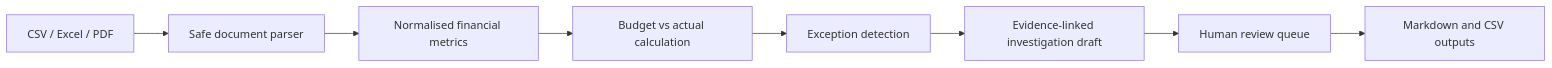
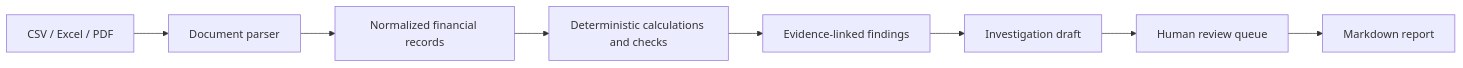
The diagram in docs/PROJECT_VALIDATION.md (animeshpthk07/Finance-Workbench), drawn with Mermaid before and after one commit. The commit also changed other lines of this file, not shown here.

Commit message:
Document verified release results and current limitations

````diff
--- a/docs/PROJECT_VALIDATION.md
+++ b/docs/PROJECT_VALIDATION.md
@@ -5,10 +18,10 @@
 ```mermaid
 flowchart LR
-    A[CSV / Excel / PDF] --> B[Safe document parser]
-    B --> C[Normalised financial metrics]
-    C --> D[Budget vs actual calculation]
-    D --> E[Exception detection]
-    E --> F[Evidence-linked investigation draft]
+    A[CSV / Excel / PDF] --> B[Document parser]
+    B --> C[Normalized financial records]
+    C --> D[Deterministic calculations and checks]
+    D --> E[Evidence-linked findings]
+    E --> F[Investigation draft]
     F --> G[Human review queue]
-    G --> H[Markdown and CSV outputs]
+    G --> H[Markdown report]
 ```
````
